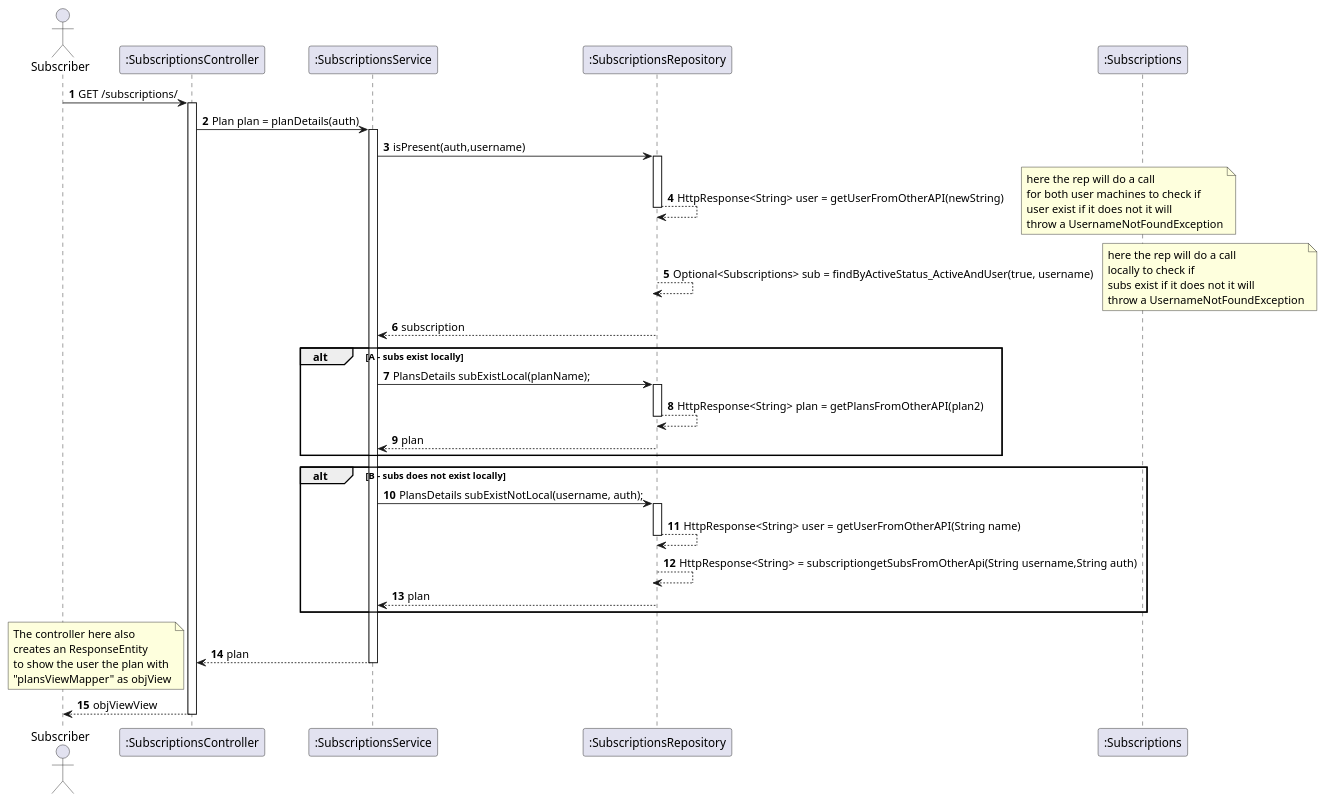
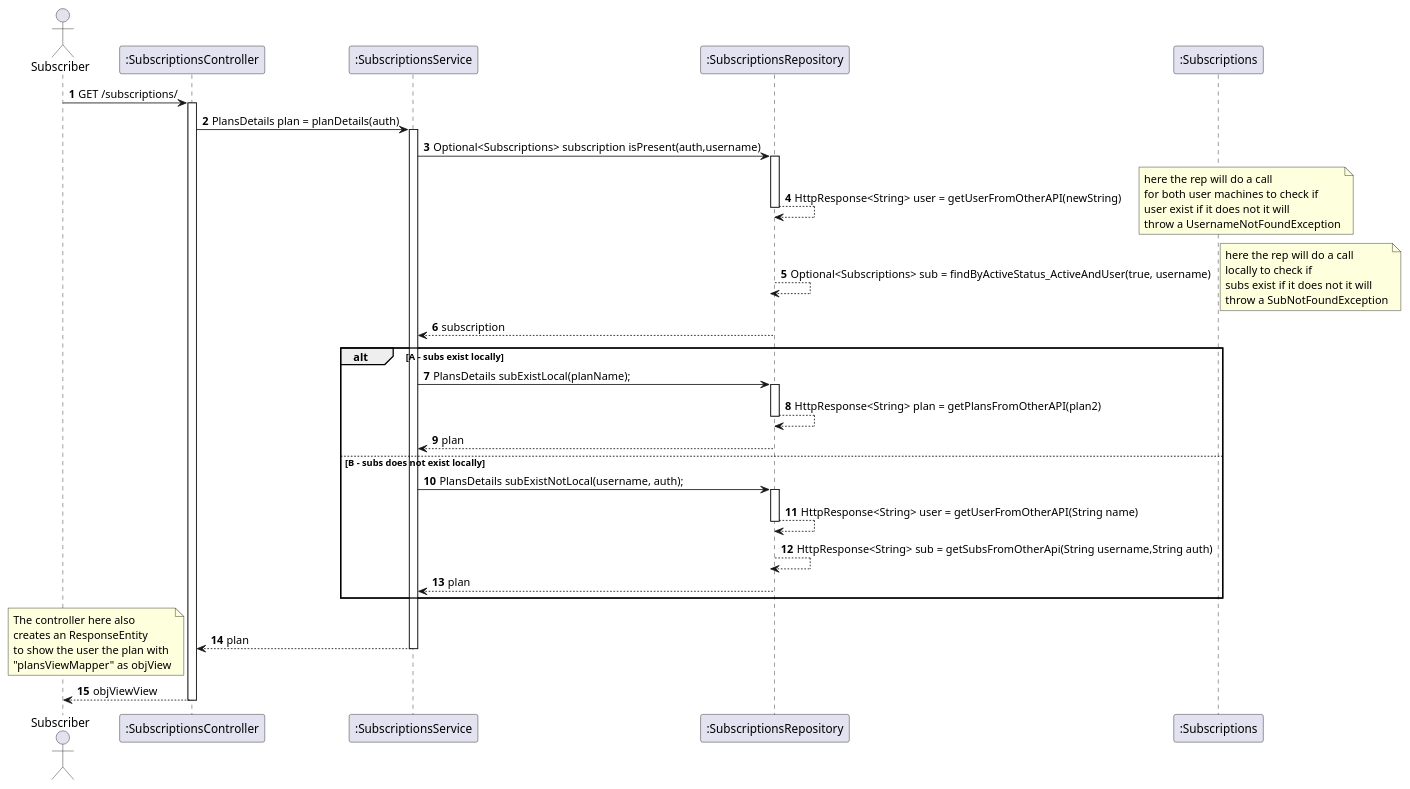
One commit to IsepMartimOliveira/SIDIS changed the diagram in docs_sidis/Subs/UC09 - GetSubs_PlanInfo/UC09-SD.puml. Above: the diagram before and after it, drawn with PlantUML. The commit also changed 9 other files, not shown here.

```diff
--- a/docs_sidis/Subs/UC09 - GetSubs_PlanInfo/UC09-SD.puml
+++ b/docs_sidis/Subs/UC09 - GetSubs_PlanInfo/UC09-SD.puml
@@ -1,61 +1,60 @@
 @startuml
 'https://plantuml.com/sequence-diagram
 autoactivate on
 autonumber
 
 
 actor "Subscriber" as Ac
 participant ":SubscriptionsController" as Ctrl
 participant ":SubscriptionsService" as Serv
 participant ":SubscriptionsRepository" as SubRepo
 participant ":Subscriptions" as Sub
 
 Ac -> Ctrl : GET /subscriptions/
-Ctrl -> Serv : Plan plan = planDetails(auth)
+Ctrl -> Serv : PlansDetails plan = planDetails(auth)
 
-Serv -> SubRepo: isPresent(auth,username)
+Serv -> SubRepo:Optional<Subscriptions> subscription isPresent(auth,username)
 SubRepo --> SubRepo:  HttpResponse<String> user = getUserFromOtherAPI(newString)
 note right
   here the rep will do a call
   for both user machines to check if
   user exist if it does not it will
   throw a UsernameNotFoundException
 end note
 SubRepo --> SubRepo: Optional<Subscriptions> sub = findByActiveStatus_ActiveAndUser(true, username)
 note right
   here the rep will do a call
   locally to check if
   subs exist if it does not it will
-  throw a UsernameNotFoundException
+  throw a SubNotFoundException
 end note
 SubRepo --> Serv: subscription
 
 
 alt A - subs exist locally
 Serv -> SubRepo:PlansDetails subExistLocal(planName);
 
 SubRepo --> SubRepo :HttpResponse<String> plan = getPlansFromOtherAPI(plan2)
 SubRepo --> Serv : plan
-end alt
-alt B - subs does not exist locally
+else B - subs does not exist locally
 
 Serv -> SubRepo:PlansDetails subExistNotLocal(username, auth);
 
 SubRepo --> SubRepo : HttpResponse<String> user = getUserFromOtherAPI(String name)
-SubRepo --> SubRepo : HttpResponse<String> = subscriptiongetSubsFromOtherApi(String username,String auth)
+SubRepo --> SubRepo : HttpResponse<String> sub = getSubsFromOtherApi(String username,String auth)
 SubRepo --> Serv : plan
 end alt
 
 
 Serv --> Ctrl: plan
 
 
 note left
  The controller here also
  creates an ResponseEntity
  to show the user the plan with
  "plansViewMapper" as objView
 end note
 Ac <-- Ctrl : objViewView
 
 @enduml
```
